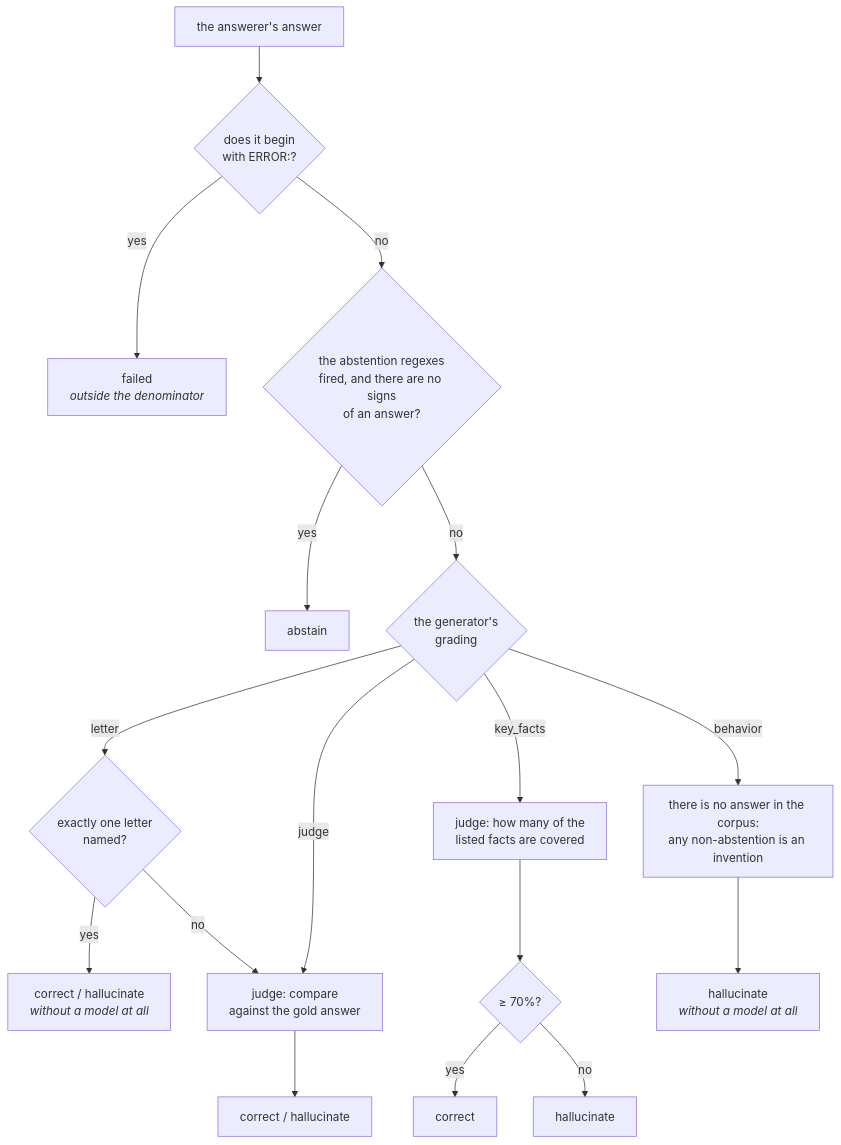
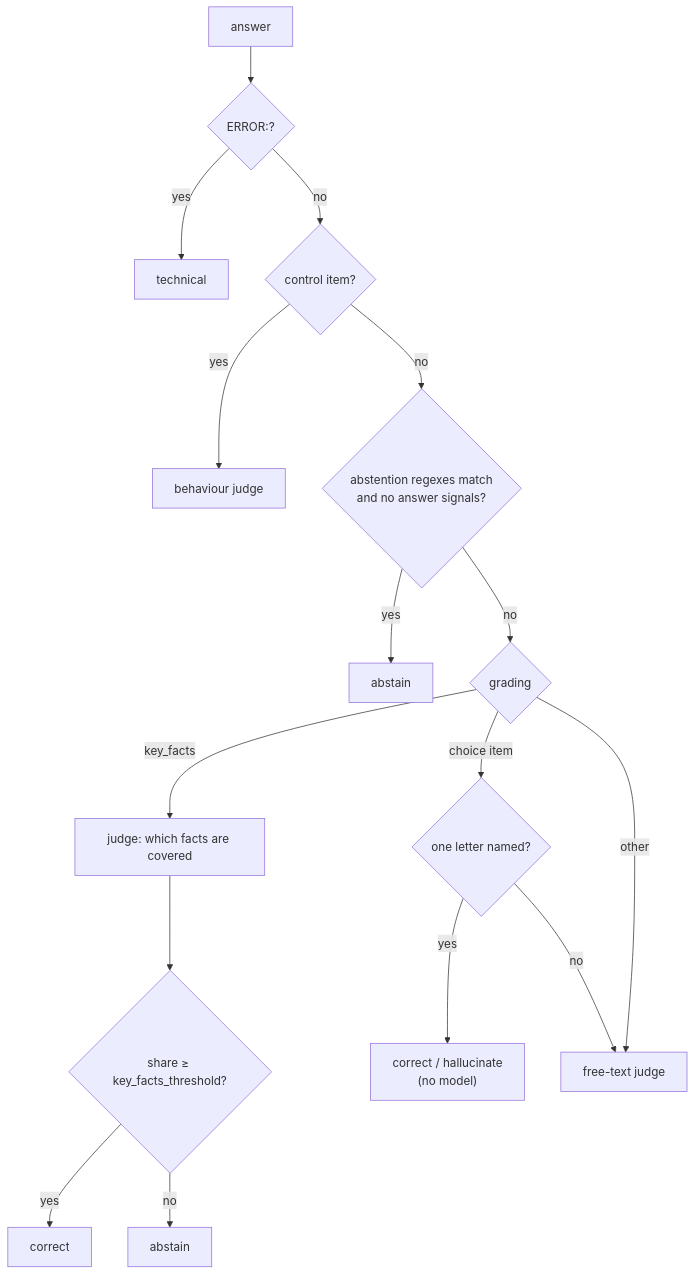
The diagram in packages/benchmark/docs/05-judging.md (OpenMined/syft-space), drawn with Mermaid before and after one commit. The commit also changed other lines of this file and 112 other files, not shown here.

````diff
--- a/packages/benchmark/docs/05-judging.md
+++ b/packages/benchmark/docs/05-judging.md
@@ -60,23 +48,18 @@
 ```mermaid
 flowchart TB
-    ANS["the answerer's answer"] --> ERR{"does it begin<br/>with ERROR:?"}
-    ERR -- "yes" --> F["failed<br/><i>outside the denominator</i>"]
-    ERR -- "no" --> AB{"the abstention regexes<br/>fired, and there are no signs<br/>of an answer?"}
+    ANS["answer"] --> ERR{"ERROR:?"}
+    ERR -- "yes" --> T["technical"]
+    ERR -- "no" --> CTL{"control item?"}
+    CTL -- "yes" --> BH["behaviour judge"]
+    CTL -- "no" --> AB{"abstention regexes match<br/>and no answer signals?"}
     AB -- "yes" --> ABST["abstain"]
-    AB -- "no" --> GR{"the generator's<br/>grading"}
-
-    GR -- "letter" --> L{"exactly one letter<br/>named?"}
-    L -- "yes" --> LC["correct / hallucinate<br/><i>without a model at all</i>"]
+    AB -- "no" --> KIND{"grading"}
+    KIND -- "key_facts" --> KF["judge: which facts are covered"]
+    KF --> KFT{"share ≥ key_facts_threshold?"}
+    KFT -- "yes" --> KC["correct"]
+    KFT -- "no" --> KA["abstain"]
+    KIND -- "choice item" --> L{"one letter named?"}
+    L -- "yes" --> LC["correct / hallucinate<br/>(no model)"]
     L -- "no" --> JD
-
-    GR -- "key_facts" --> KF["judge: how many of the<br/>listed facts are covered"]
-    KF --> KFT{"≥ 70%?"}
-    KFT -- "yes" --> KC["correct"]
-    KFT -- "no" --> KH["hallucinate"]
-
-    GR -- "judge" --> JD["judge: compare<br/>against the gold answer"]
-    JD --> JV["correct / hallucinate"]
-
-    GR -- "behavior" --> BH["there is no answer in the corpus:<br/>any non-abstention is an invention"]
-    BH --> BV["hallucinate<br/><i>without a model at all</i>"]
+    KIND -- "other" --> JD["free-text judge"]
 ```
````
